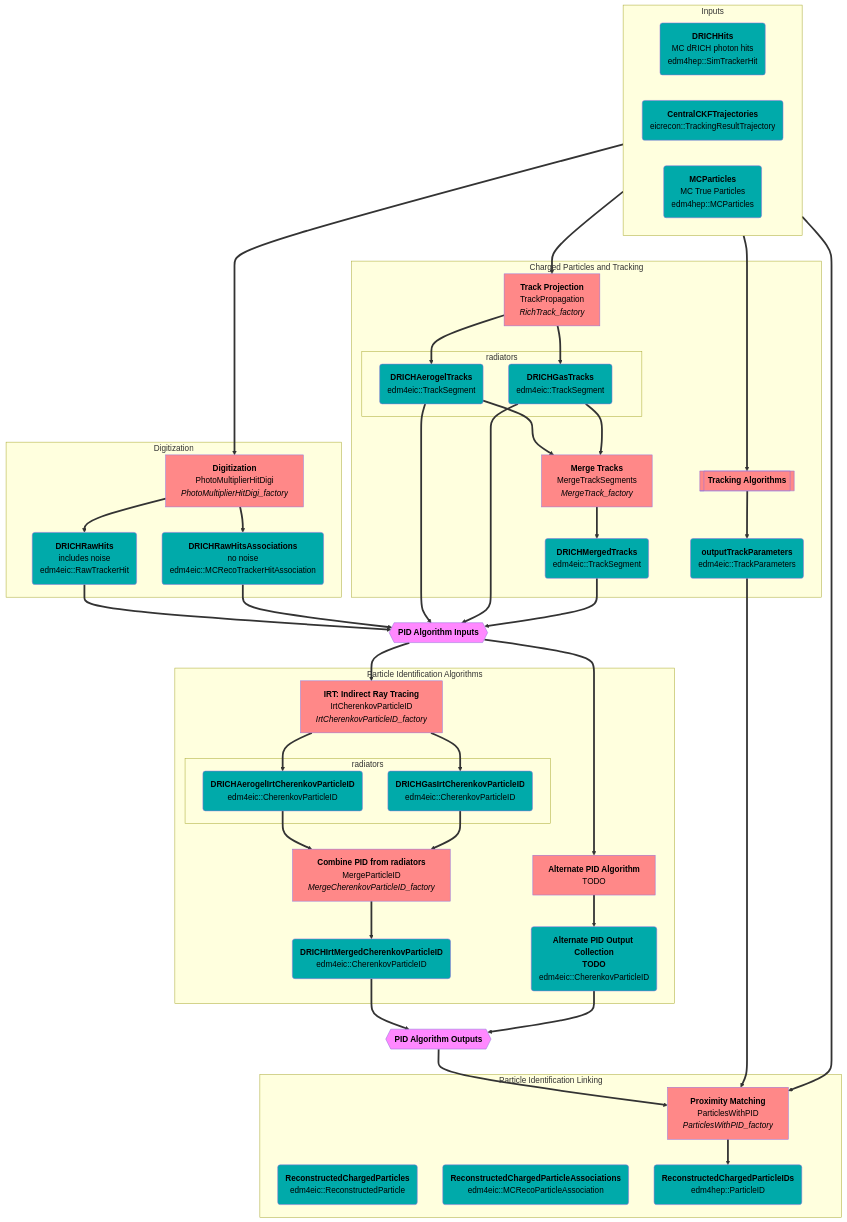
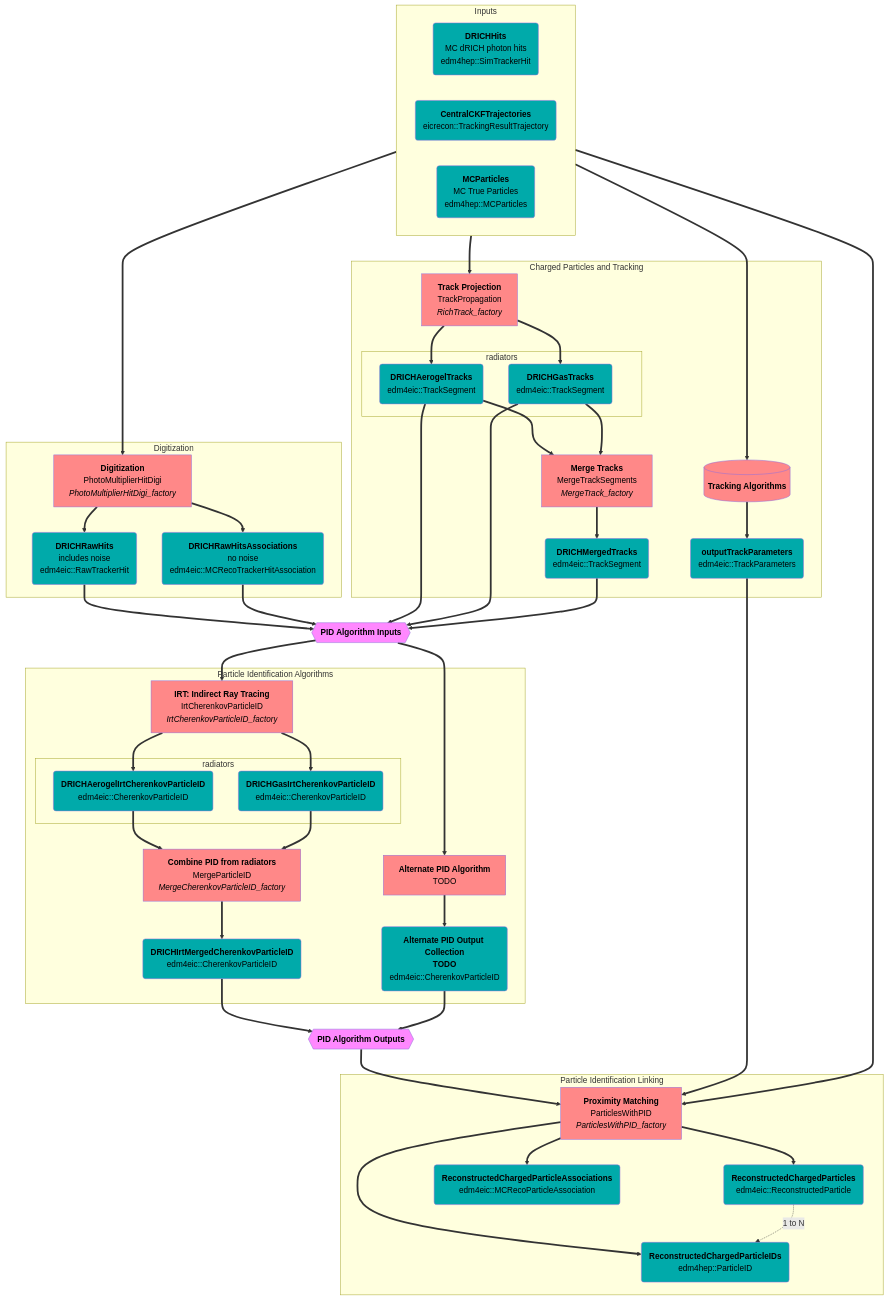
Before and after one commit to eic/EICrecon: the second of 5 diagrams in src/detectors/DRICH/README.md, drawn with Mermaid.

````diff
--- a/src/detectors/DRICH/README.md
+++ b/src/detectors/DRICH/README.md
@@ -49,7 +49,7 @@
     %%ReflectionsAlg[<strong>Track Reflections - TODO</strong><br/>RichTrackReflection<br/><i>RichTrackReflection_factory</i>]:::alg
     %%Reflections(<strong>DRICHTrackReflections - TODO</strong><br/>edm4eic::TrackSegment):::col
 
-    TrackingAlgos[[<strong>Tracking Algorithms</strong>]]:::alg
+    TrackingAlgos[(<strong>Tracking Algorithms</strong>)]:::alg
     TrackParameters(<strong>outputTrackParameters</strong><br/>edm4eic::TrackParameters):::col
   end
 
@@ -120,7 +120,9 @@
   PIDOutputs      ==> ProxMatch
   TrackParameters ==> ProxMatch
   MCParts         ==> ProxMatch
-  %%ProxMatch ==> ReconParts -.1 to N.-> ReconPIDs
-  %%ProxMatch ==> ReconAssocs -.association.- MCParts
+  ProxMatch ==> ReconParts
+  ProxMatch ==> ReconAssocs
   ProxMatch ==> ReconPIDs
+  ReconParts -.1 to N.-> ReconPIDs
+  %%ReconAssocs -.association.- MCParts
 ```
````
